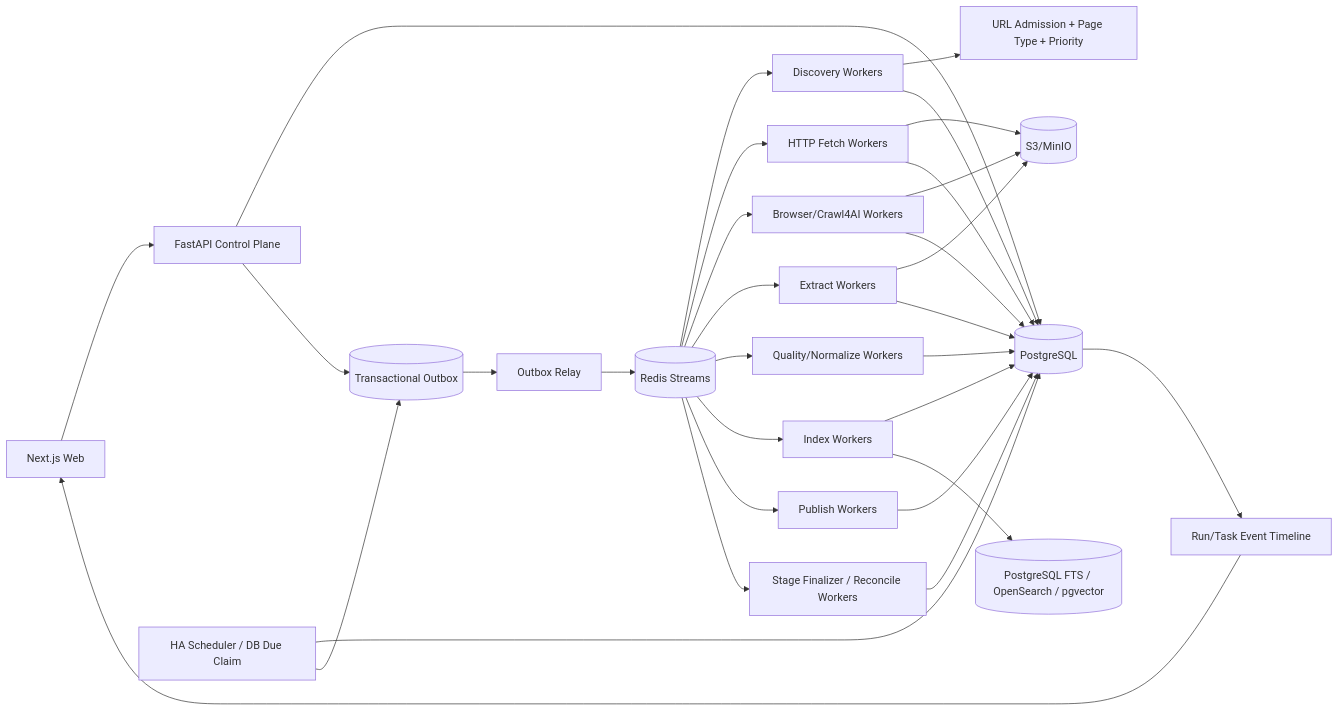
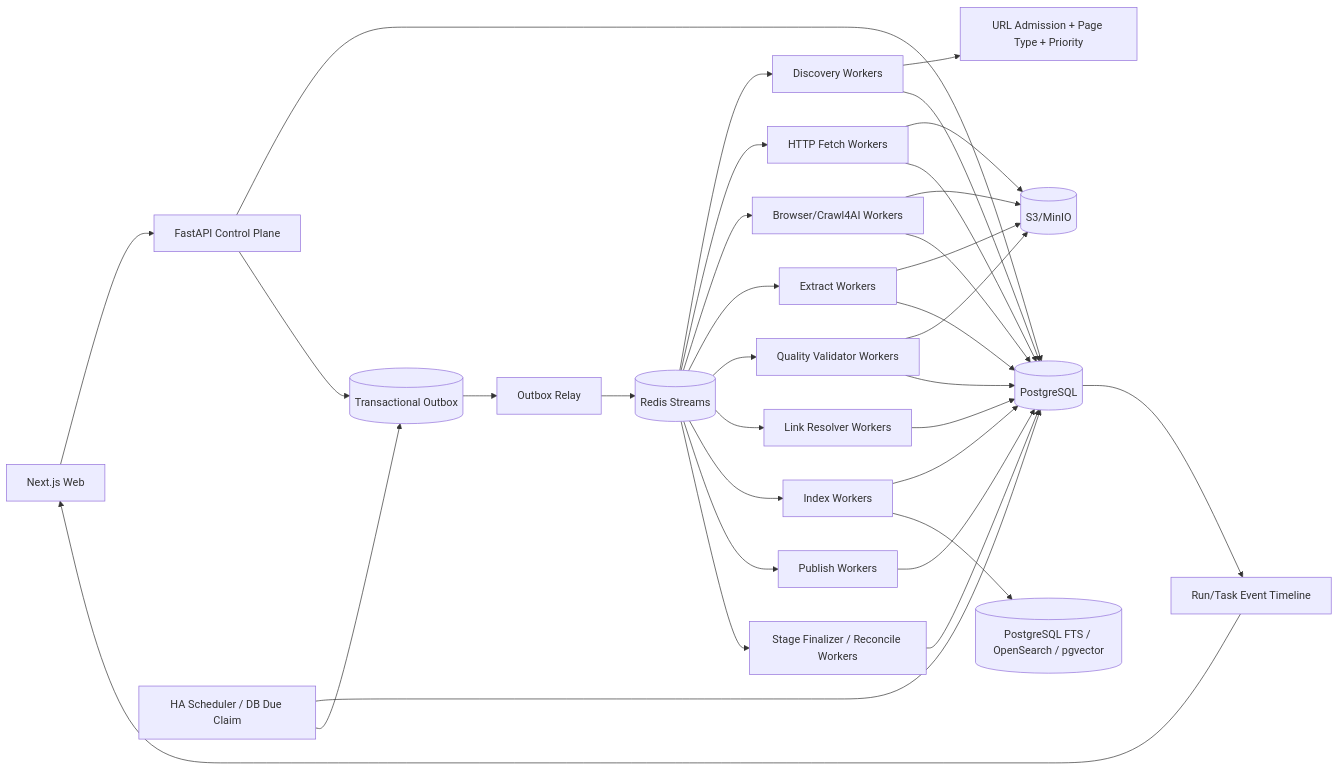
Before and after one commit to WorkerXu/my-doc: the diagram in 博客知识库技术方案.md, drawn with Mermaid. The commit also changed other lines of this file, not shown here.

````diff
--- a/博客知识库技术方案.md
+++ b/博客知识库技术方案.md
@@ -43,38 +51,41 @@
 ```mermaid
 flowchart LR
     UI[Next.js Web] --> API[FastAPI Control Plane]
     API --> PG[(PostgreSQL)]
     API --> OUT[(Transactional Outbox)]
 
     SCHED[HA Scheduler / DB Due Claim] --> PG
     SCHED --> OUT
     OUT --> RELAY[Outbox Relay]
     RELAY --> Q[(Redis Streams)]
 
     Q --> DW[Discovery Workers]
     Q --> HF[HTTP Fetch Workers]
     Q --> BW[Browser/Crawl4AI Workers]
     Q --> EX[Extract Workers]
-    Q --> QW[Quality/Normalize Workers]
+    Q --> QW[Quality Validator Workers]
+    Q --> LW[Link Resolver Workers]
     Q --> IW[Index Workers]
     Q --> PW[Publish Workers]
     Q --> FIN[Stage Finalizer / Reconcile Workers]
 
     DW --> GATE[URL Admission + Page Type + Priority]
     HF --> OBJ[(S3/MinIO)]
     BW --> OBJ
     EX --> OBJ
+    QW --> OBJ
 
     DW --> PG
     HF --> PG
     BW --> PG
     EX --> PG
     QW --> PG
+    LW --> PG
     IW --> PG
     PW --> PG
     FIN --> PG
 
     IW --> SEARCH[(PostgreSQL FTS / OpenSearch / pgvector)]
     PG --> EVT[Run/Task Event Timeline]
     EVT --> UI
 ```
````
